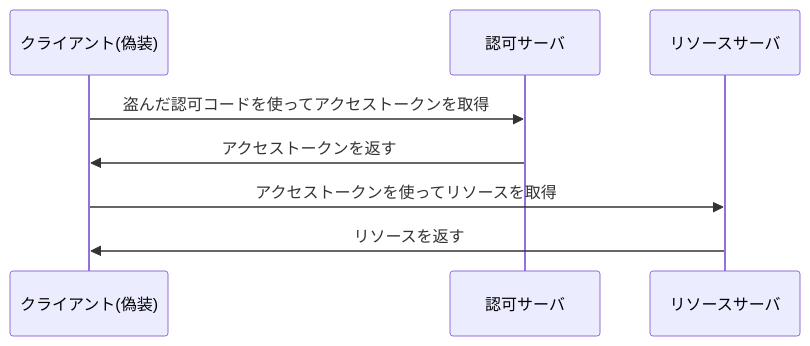
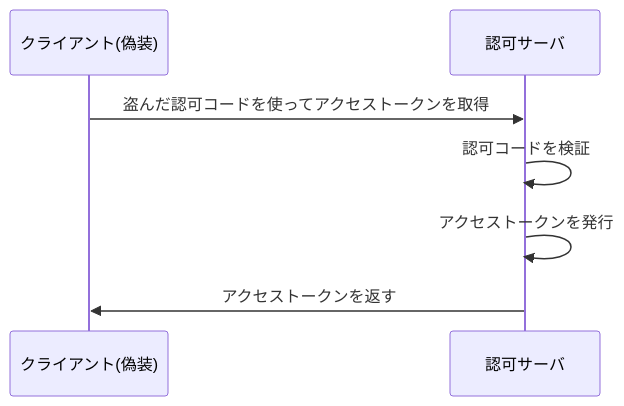
Before and after one commit to calloc134/zenn-dir: the seventh of 20 diagrams in articles/5e8da6c491e720.md, drawn with Mermaid. The commit also changed other lines of this file, not shown here.

````diff
--- a/articles/5e8da6c491e720.md
+++ b/articles/5e8da6c491e720.md
@@ -970,11 +970,10 @@
 ```mermaid
 sequenceDiagram
     participant クライアント(偽装)
     participant 認可サーバ
-    participant リソースサーバ
 
     クライアント(偽装)->>認可サーバ: 盗んだ認可コードを使ってアクセストークンを取得
+    認可サーバ->>認可サーバ: 認可コードを検証
+    認可サーバ->>認可サーバ: アクセストークンを発行
     認可サーバ->>クライアント(偽装): アクセストークンを返す
-    クライアント(偽装)->>リソースサーバ: アクセストークンを使ってリソースを取得
-    リソースサーバ->>クライアント(偽装): リソースを返す
 ```
````
